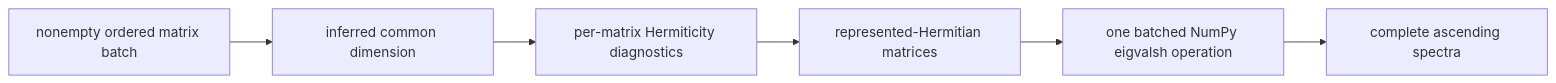
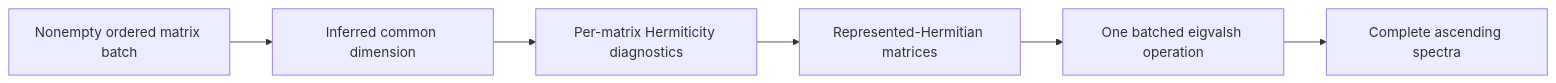
One commit to eragasa/projectkoios-optimization changed the second of 6 diagrams in docs/architecture/projectkoios/numerics/linalg/schematics.md. Above: the diagram before and after it, drawn with Mermaid. The commit also changed other lines of this file and 23 other files, not shown here.

````diff
--- a/docs/architecture/projectkoios/numerics/linalg/schematics.md
+++ b/docs/architecture/projectkoios/numerics/linalg/schematics.md
@@ -23,11 +42,11 @@
 ```mermaid
 flowchart LR
-    B["nonempty ordered matrix batch"]
-    D["inferred common dimension"]
-    Q["per-matrix Hermiticity diagnostics"]
-    H["represented-Hermitian matrices"]
-    E["one batched NumPy eigvalsh operation"]
-    S["complete ascending spectra"]
+    B[Nonempty ordered matrix batch]
+    D[Inferred common dimension]
+    Q[Per-matrix Hermiticity diagnostics]
+    H[Represented-Hermitian matrices]
+    E[One batched eigvalsh operation]
+    S[Complete ascending spectra]
 
     B --> D --> Q --> H --> E --> S
 ```
````
